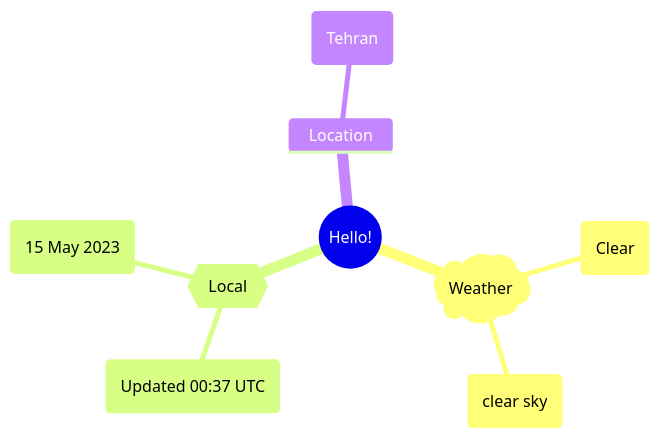
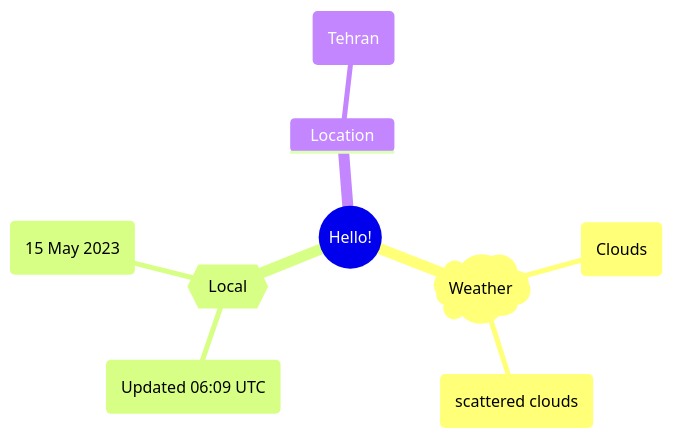
Before and after one commit to Xosrov/Xosrov: the first of 2 diagrams in README.md, drawn with Mermaid.

Commit message:
[bot] updated images

````diff
--- a/README.md
+++ b/README.md
@@ -3,12 +3,12 @@
 ```mermaid
 mindmap
   root((Hello!))
     )Weather(
-        (Clear)
-        (clear sky)
+        (Clouds)
+        (scattered clouds)
     {{Local}}
-        (Updated 00:37 UTC)
+        (Updated 06:09 UTC)
         (15 May 2023)
     Location
         (Tehran)
 ```
````
